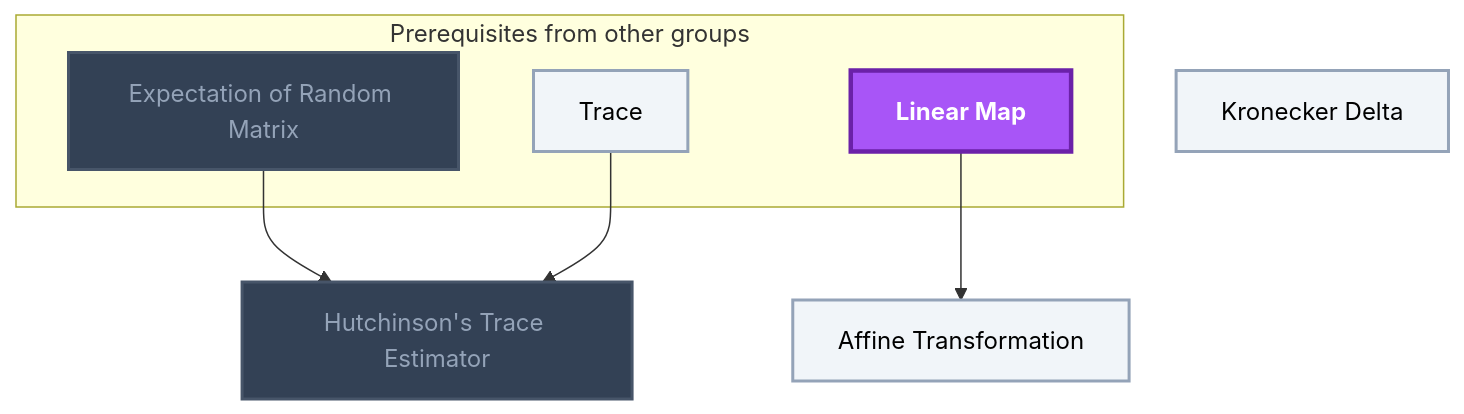
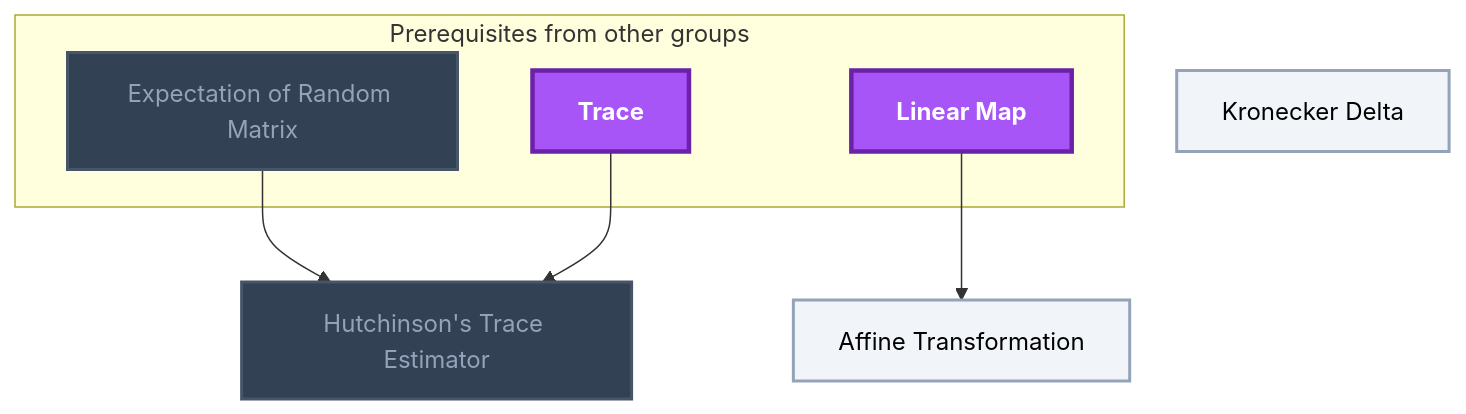
One commit to MRauf1/My-Notes changed the seventh of 7 diagrams in Gamification/Skill Trees/Linear Algebra.md. Above: the diagram before and after it, drawn with Mermaid. The commit also changed other lines of this file and 145 other files, not shown here.

````diff
--- a/Gamification/Skill Trees/Linear Algebra.md
+++ b/Gamification/Skill Trees/Linear Algebra.md
@@ -1063,27 +1070,27 @@
 ```mermaid
 flowchart TD
     classDef planned fill:#1E293B,stroke:#64748B,stroke-width:2px,stroke-dasharray:5 5,color:#94A3B8;
     classDef locked fill:#334155,stroke:#475569,stroke-width:2px,color:#94A3B8;
     classDef L0 fill:#F1F5F9,stroke:#94A3B8,stroke-width:2px,color:#000000;
     classDef L1 fill:#22C55E,stroke:#15803D,stroke-width:2px,color:#000000;
     classDef L2 fill:#3B82F6,stroke:#1D4ED8,stroke-width:3px,color:#FFFFFF;
     classDef L3 fill:#A855F7,stroke:#6B21A8,stroke-width:3px,color:#FFFFFF,font-weight:bold;
     classDef L4 fill:#F97316,stroke:#C2410C,stroke-width:4px,color:#000000,font-weight:bold;
     classDef L5 fill:#FFD700,stroke:#FF8C00,stroke-width:5px,color:#000000,font-weight:bold;
     classDef rusty stroke:#8B4513,stroke-width:4px,stroke-dasharray:3 3;
     subgraph sg_prereqs["Prerequisites from other groups"]
         n_expectation_of_random_matrix["Expectation of Random Matrix"]
         n_trace["Trace"]
         n_linear_map["Linear Map"]
     end
     n_hutchinson_s_trace_estimator["Hutchinson's Trace Estimator"]
     n_affine_transformation["Affine Transformation"]
     n_kronecker_delta["Kronecker Delta"]
     n_expectation_of_random_matrix --> n_hutchinson_s_trace_estimator
     n_trace --> n_hutchinson_s_trace_estimator
     n_linear_map --> n_affine_transformation
     class n_expectation_of_random_matrix,n_hutchinson_s_trace_estimator locked;
-    class n_trace,n_affine_transformation,n_kronecker_delta L0;
-    class n_linear_map L3;
+    class n_affine_transformation,n_kronecker_delta L0;
+    class n_trace,n_linear_map L3;
     class n_expectation_of_random_matrix,n_trace,n_linear_map,n_hutchinson_s_trace_estimator,n_affine_transformation,n_kronecker_delta internal-link;
 ```
````
